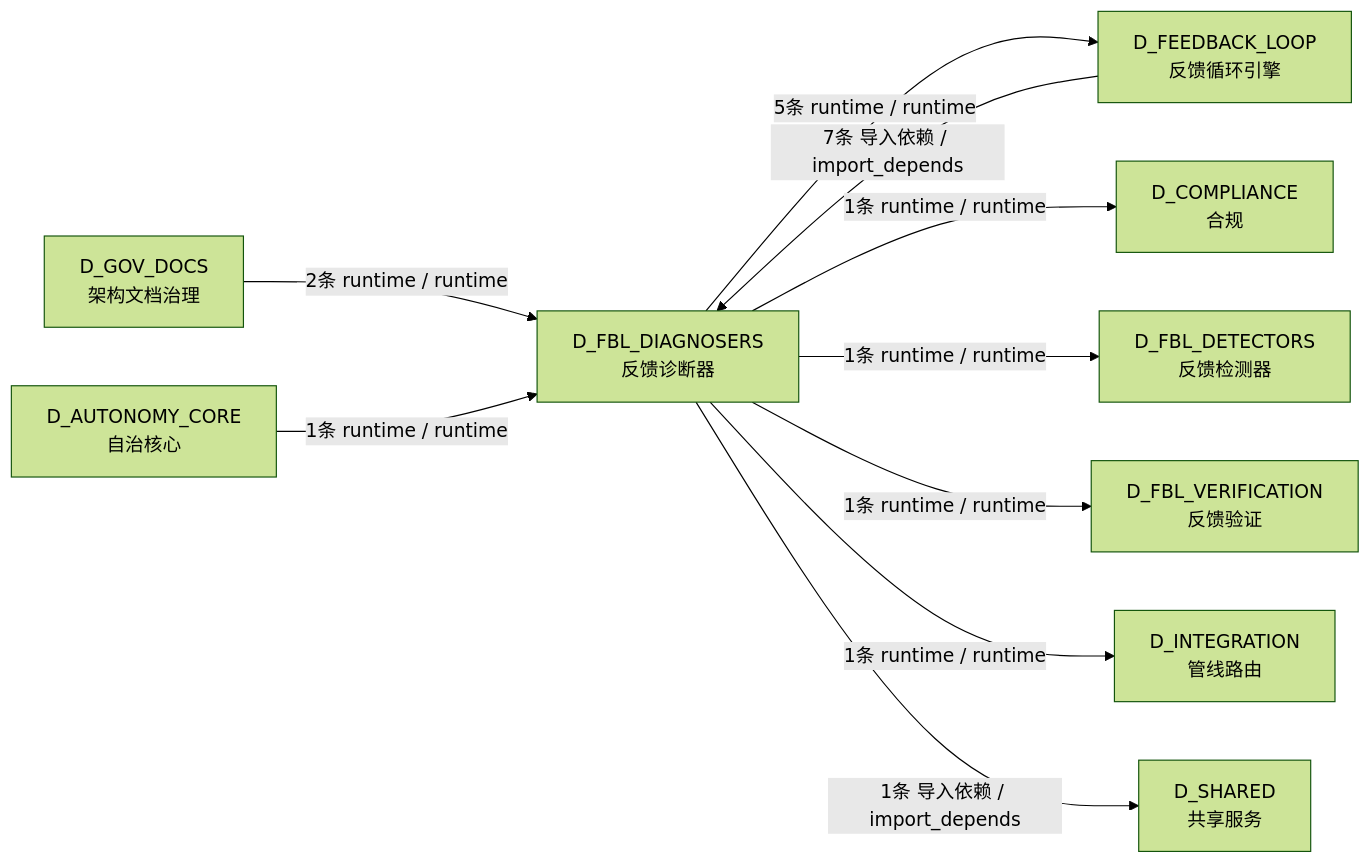
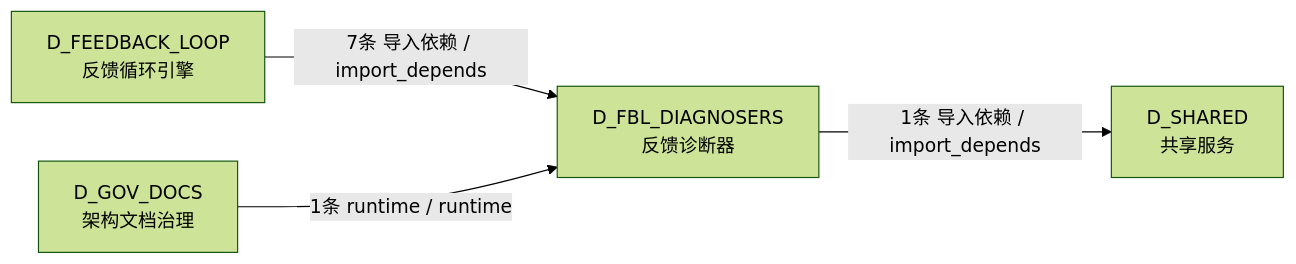
The sixth of 6 diagrams in docs/02_enterprise_architecture/02_domain_architecture_docs/12_d_fbl_diagnosers.md (xuanFelixVan/ZephyrAlpha), drawn with Mermaid (forest theme) before and after one commit. The commit also changed other lines of this file and 105 other files, not shown here.

````diff
--- a/docs/02_enterprise_architecture/02_domain_architecture_docs/12_d_fbl_diagnosers.md
+++ b/docs/02_enterprise_architecture/02_domain_architecture_docs/12_d_fbl_diagnosers.md
@@ -475,21 +430,10 @@
 ```mermaid
 graph LR
     D_FBL_DIAGNOSERS["D_FBL_DIAGNOSERS<br/>反馈诊断器"]
+    D_SHARED["D_SHARED<br/>共享服务"]
     D_FEEDBACK_LOOP["D_FEEDBACK_LOOP<br/>反馈循环引擎"]
-    D_COMPLIANCE["D_COMPLIANCE<br/>合规"]
-    D_FBL_DETECTORS["D_FBL_DETECTORS<br/>反馈检测器"]
-    D_FBL_VERIFICATION["D_FBL_VERIFICATION<br/>反馈验证"]
-    D_INTEGRATION["D_INTEGRATION<br/>管线路由"]
-    D_SHARED["D_SHARED<br/>共享服务"]
     D_GOV_DOCS["D_GOV_DOCS<br/>架构文档治理"]
-    D_AUTONOMY_CORE["D_AUTONOMY_CORE<br/>自治核心"]
-    D_FBL_DIAGNOSERS -->|5条 runtime / runtime| D_FEEDBACK_LOOP
-    D_FBL_DIAGNOSERS -->|1条 runtime / runtime| D_COMPLIANCE
-    D_FBL_DIAGNOSERS -->|1条 runtime / runtime| D_FBL_DETECTORS
-    D_FBL_DIAGNOSERS -->|1条 runtime / runtime| D_FBL_VERIFICATION
-    D_FBL_DIAGNOSERS -->|1条 runtime / runtime| D_INTEGRATION
     D_FBL_DIAGNOSERS -->|1条 导入依赖 / import_depends| D_SHARED
     D_FEEDBACK_LOOP -->|7条 导入依赖 / import_depends| D_FBL_DIAGNOSERS
-    D_GOV_DOCS -->|2条 runtime / runtime| D_FBL_DIAGNOSERS
-    D_AUTONOMY_CORE -->|1条 runtime / runtime| D_FBL_DIAGNOSERS
+    D_GOV_DOCS -->|1条 runtime / runtime| D_FBL_DIAGNOSERS
 ```
````
